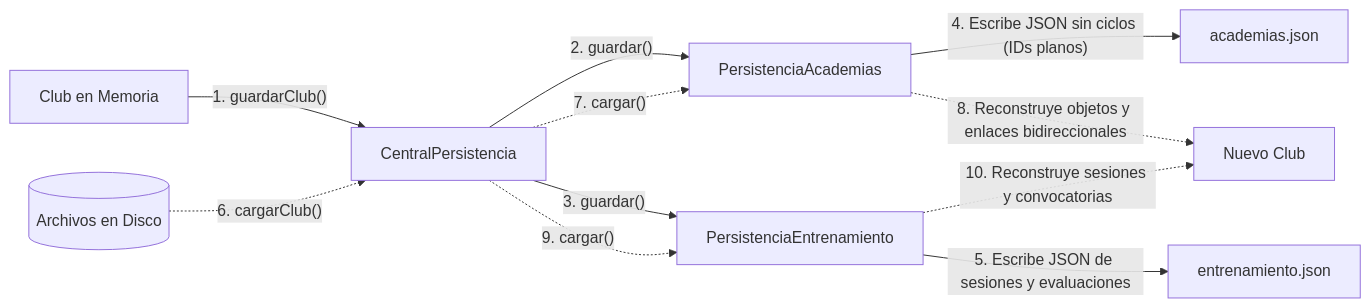
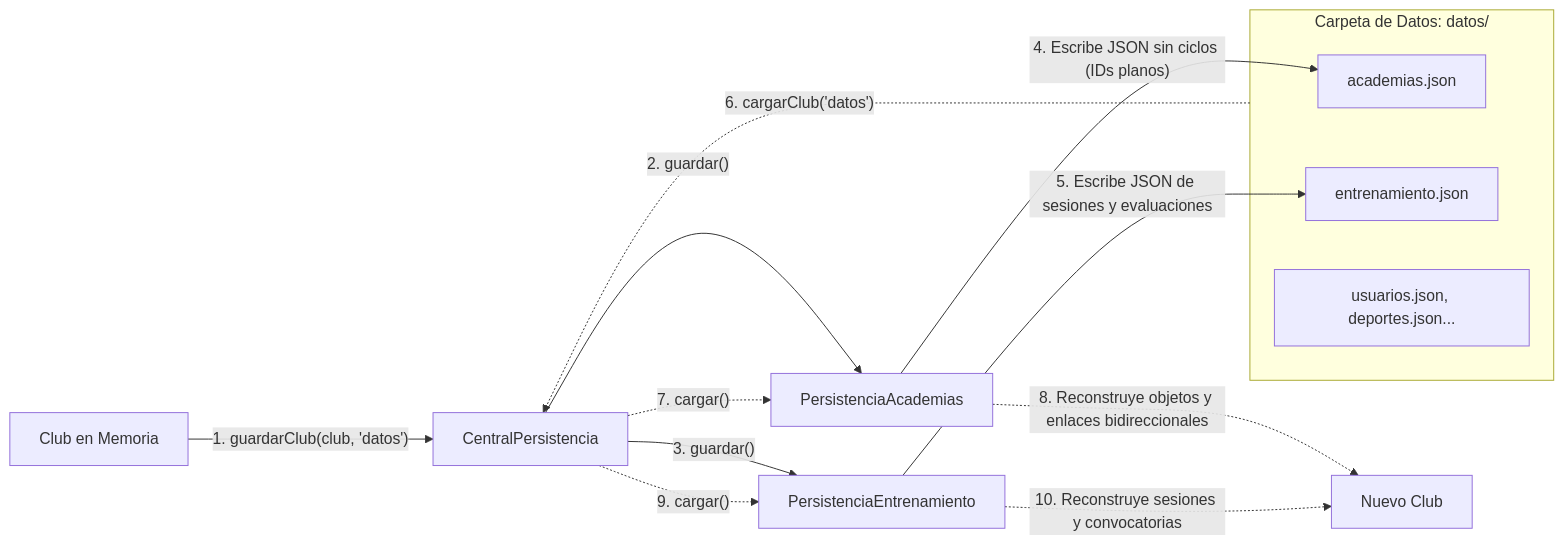
Before and after one commit to DPOO-Grupo1/Proyecto1: the diagram in Entrega 2/docs/diagramas/mmd/flujo_persistencia.mmd, drawn with Mermaid. The commit also changed 1 other file, not shown here.

Commit message:
carpeta datos para persistencia json y diagrama de flujo actualizado

```diff
--- a/Entrega 2/docs/diagramas/mmd/flujo_persistencia.mmd
+++ b/Entrega 2/docs/diagramas/mmd/flujo_persistencia.mmd
@@ -1,12 +1,19 @@
 flowchart LR
-    Club["Club en Memoria"] -->|"1. guardarClub()"| Central["CentralPersistencia"]
+    Club["Club en Memoria"] -->|"1. guardarClub(club, 'datos')"| Central["CentralPersistencia"]
     Central -->|"2. guardar()"| PersAcad["PersistenciaAcademias"]
     Central -->|"3. guardar()"| PersEntr["PersistenciaEntrenamiento"]
-    PersAcad -->|"4. Escribe JSON sin ciclos (IDs planos)"| JSONAcad["academias.json"]
-    PersEntr -->|"5. Escribe JSON de sesiones y evaluaciones"| JSONEntr["entrenamiento.json"]
 
-    Disco[("Archivos en Disco")] -.->|"6. cargarClub()"| Central
+    subgraph Folder["Carpeta de Datos: datos/"]
+        JSONAcad["academias.json"]
+        JSONEntr["entrenamiento.json"]
+        JSONOtros["usuarios.json, deportes.json..."]
+    end
+
+    PersAcad -->|"4. Escribe JSON sin ciclos (IDs planos)"| JSONAcad
+    PersEntr -->|"5. Escribe JSON de sesiones y evaluaciones"| JSONEntr
+
+    Folder -.->|"6. cargarClub('datos')"| Central
     Central -.->|"7. cargar()"| PersAcad
     PersAcad -.->|"8. Reconstruye objetos y enlaces bidireccionales"| ClubNuevo["Nuevo Club"]
     Central -.->|"9. cargar()"| PersEntr
     PersEntr -.->|"10. Reconstruye sesiones y convocatorias"| ClubNuevo
```
